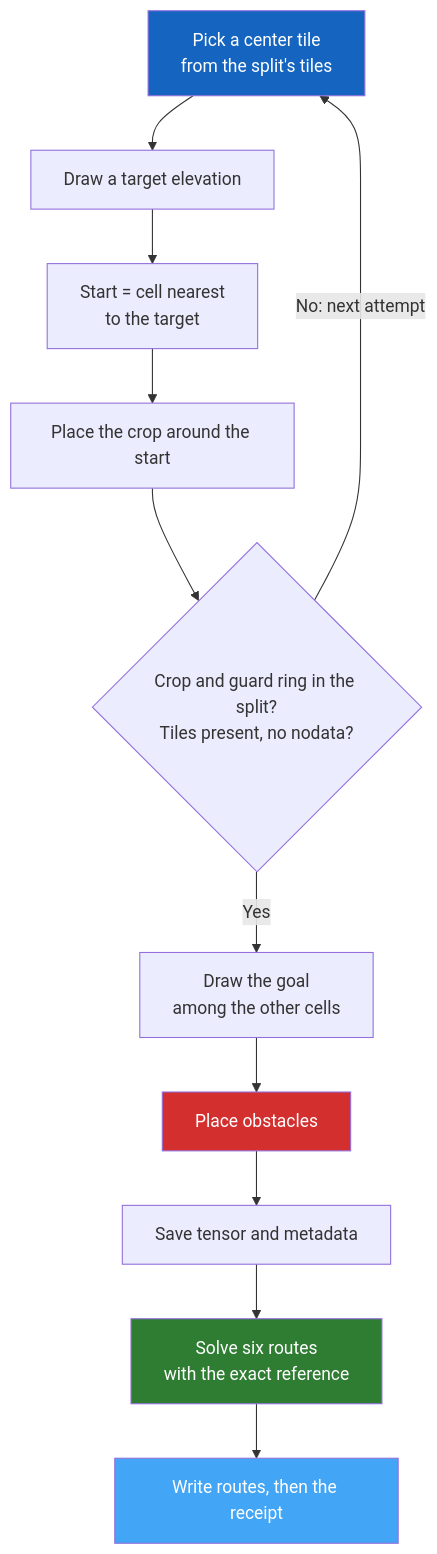
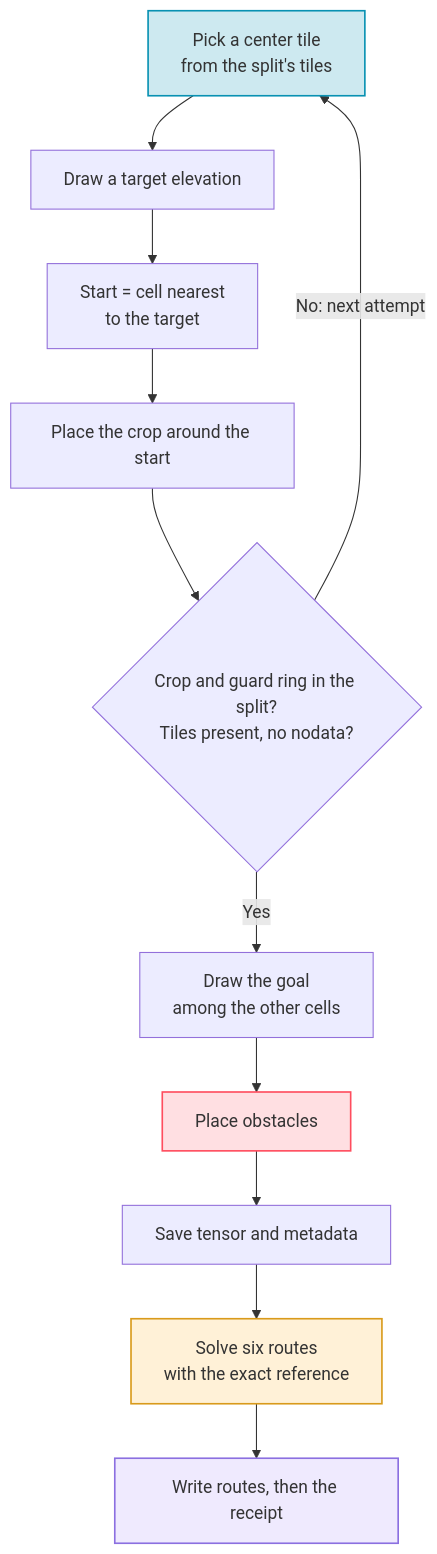
Before and after one commit to ThalesGroup/passage: the diagram in docs/guide/generate.md, drawn with Mermaid. The commit also changed 10 other files, not shown here.

First line of the commit message:
Docs: alpine dusk palette, zoomable Mermaid diagrams in site colours

````diff
--- a/docs/guide/generate.md
+++ b/docs/guide/generate.md
@@ -77,18 +77,18 @@
 ```mermaid
 flowchart TD
     A[Pick a center tile<br>from the split's tiles] --> B[Draw a target elevation]
     B --> C[Start = cell nearest<br>to the target]
     C --> D[Place the crop around the start]
     D --> E{Crop and guard ring in the split?<br>Tiles present, no nodata?}
     E -->|No: next attempt| A
     E -->|Yes| F[Draw the goal<br>among the other cells]
     F --> G[Place obstacles]
     G --> H[Save tensor and metadata]
     H --> I[Solve six routes<br>with the exact reference]
     I --> J[Write routes, then the receipt]
 
-    style A fill:#1565C0,color:#fff
-    style G fill:#D32F2F,color:#fff
-    style I fill:#2E7D32,color:#fff
-    style J fill:#42A5F5,color:#fff
+    style A fill:#0891b233,stroke:#0891b2,stroke-width:1.5px
+    style G fill:#ff4d5e2e,stroke:#ff4d5e,stroke-width:1.5px
+    style I fill:#ffb93833,stroke:#d99a1b,stroke-width:1.5px
+    style J fill:#a78bfa2e,stroke:#8b6fe0,stroke-width:1.5px
 ```
````
